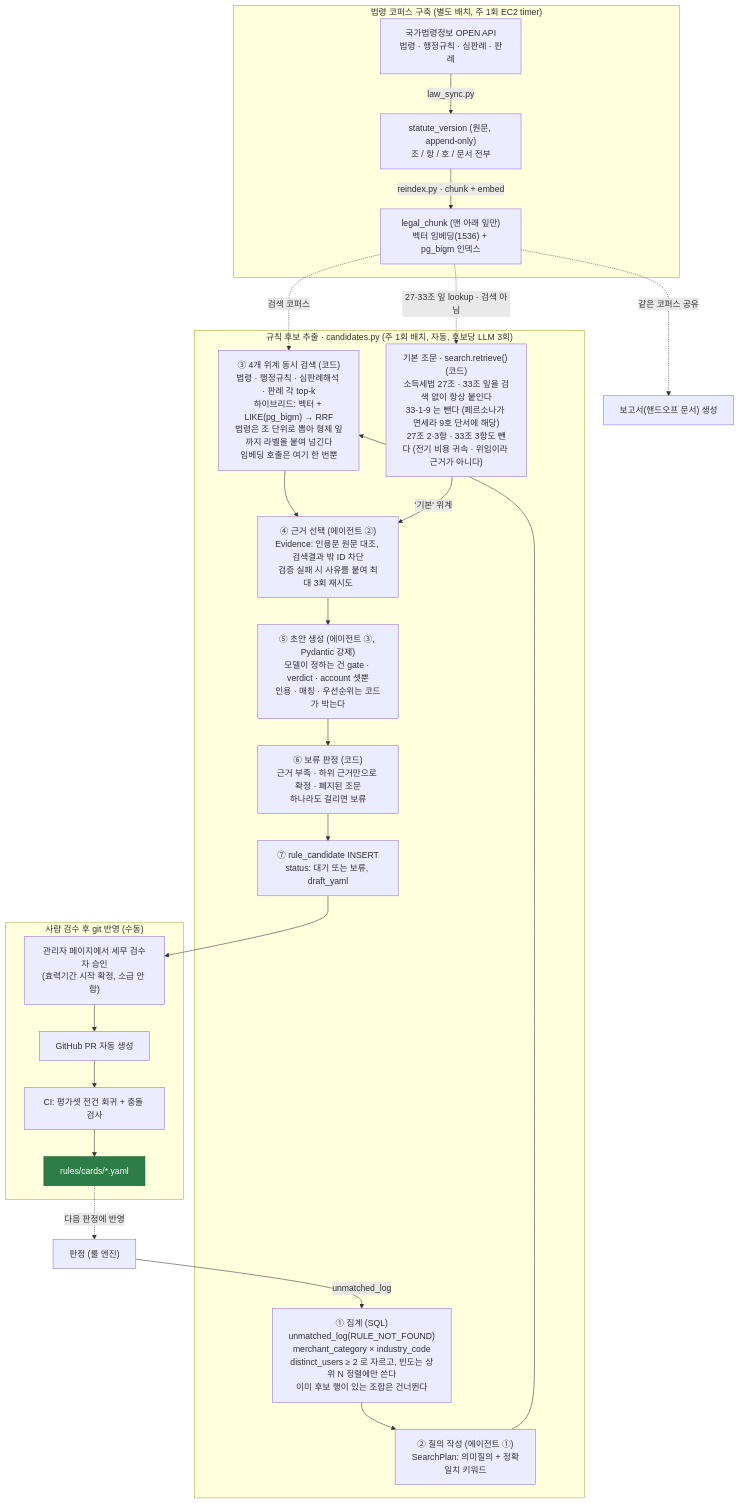
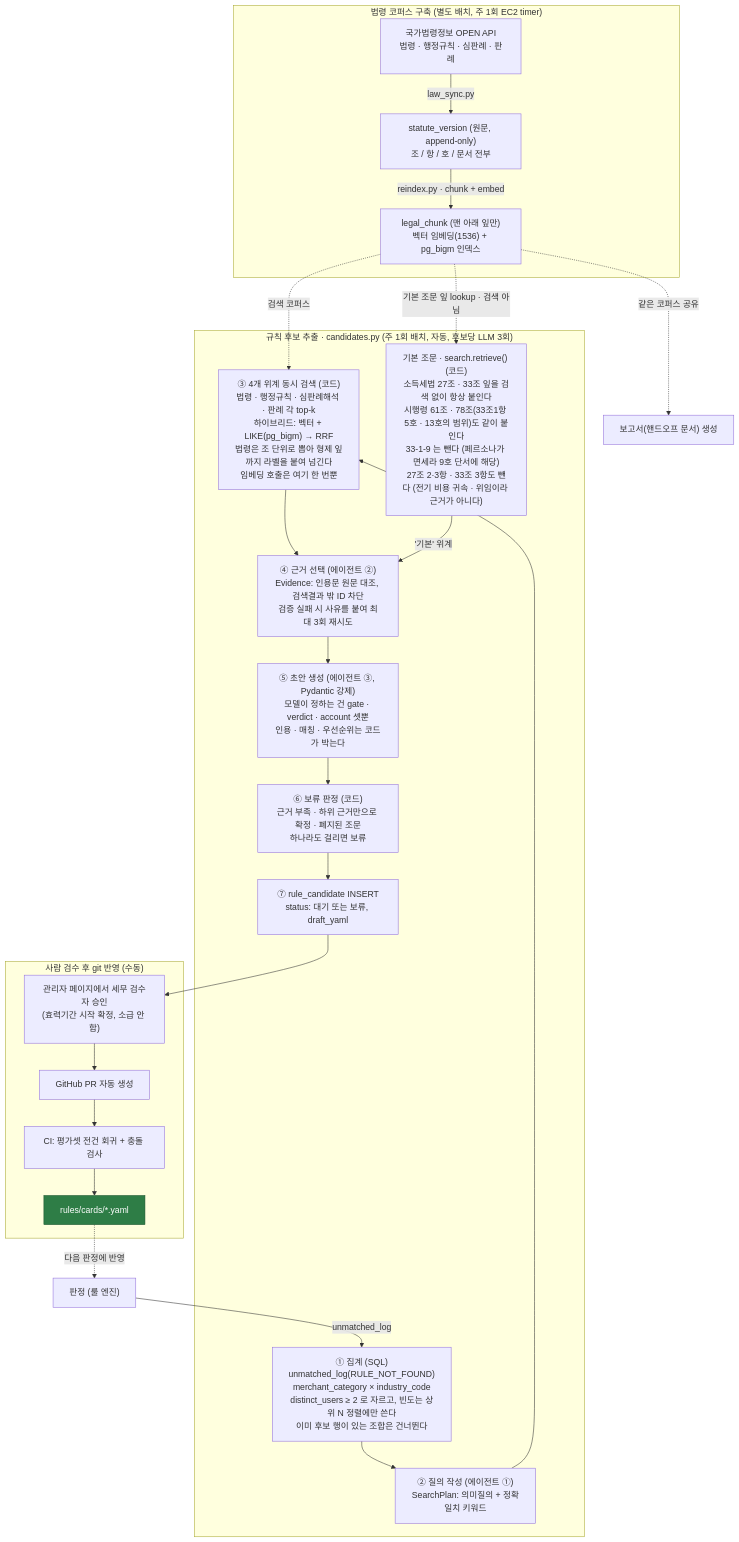
The third of 3 diagrams in docs/architecture.md (RainDrop3/ktc4-pusan-4), drawn with Mermaid before and after one commit. The commit also changed other lines of this file and 2 other files, not shown here.

Commit message:
docs: 33-1-5 선택 실험과 재기준 수치

````diff
--- a/docs/architecture.md
+++ b/docs/architecture.md
@@ -116,43 +116,43 @@
 ```mermaid
 flowchart TD
     subgraph CORPUS["법령 코퍼스 구축 (별도 배치, 주 1회 EC2 timer)"]
         LAW["국가법령정보 OPEN API<br/>법령 · 행정규칙 · 심판례 · 판례"]
         SV["statute_version (원문, append-only)<br/>조 / 항 / 호 / 문서 전부"]
         LC["legal_chunk (맨 아래 잎만)<br/>벡터 임베딩(1536) + pg_bigm 인덱스"]
         LAW -->|"law_sync.py"| SV -->|"reindex.py · chunk + embed"| LC
     end
 
     subgraph EXTRACT["규칙 후보 추출 · candidates.py (주 1회 배치, 자동, 후보당 LLM 3회)"]
         AGG["① 집계 (SQL)<br/>unmatched_log(RULE_NOT_FOUND)<br/>merchant_category × industry_code<br/>distinct_users ≥ 2 로 자르고, 빈도는 상위 N 정렬에만 쓴다<br/>이미 후보 행이 있는 조합은 건너뛴다"]
         PLAN["② 질의 작성 (에이전트 ①)<br/>SearchPlan: 의미질의 + 정확일치 키워드"]
         SEARCH["③ 4개 위계 동시 검색 (코드)<br/>법령 · 행정규칙 · 심판례해석 · 판례 각 top-k<br/>하이브리드: 벡터 + LIKE(pg_bigm) → RRF<br/>법령은 조 단위로 뽑아 형제 잎까지 라벨을 붙여 넘긴다<br/>임베딩 호출은 여기 한 번뿐"]
-        FRAME["기본 조문 · search.retrieve() (코드)<br/>소득세법 27조 · 33조 잎을 검색 없이 항상 붙인다<br/>33-1-9 는 뺀다 (페르소나가 면세라 9호 단서에 해당)<br/>27조 2·3항 · 33조 3항도 뺀다 (전기 비용 귀속 · 위임이라 근거가 아니다)"]
+        FRAME["기본 조문 · search.retrieve() (코드)<br/>소득세법 27조 · 33조 잎을 검색 없이 항상 붙인다<br/>시행령 61조 · 78조(33조1항 5호 · 13호의 범위)도 같이 붙인다<br/>33-1-9 는 뺀다 (페르소나가 면세라 9호 단서에 해당)<br/>27조 2·3항 · 33조 3항도 뺀다 (전기 비용 귀속 · 위임이라 근거가 아니다)"]
         PICK["④ 근거 선택 (에이전트 ②)<br/>Evidence: 인용문 원문 대조, 검색결과 밖 ID 차단<br/>검증 실패 시 사유를 붙여 최대 3회 재시도"]
         DRAFT["⑤ 초안 생성 (에이전트 ③, Pydantic 강제)<br/>모델이 정하는 건 gate · verdict · account 셋뿐<br/>인용 · 매칭 · 우선순위는 코드가 박는다"]
         HOLD["⑥ 보류 판정 (코드)<br/>근거 부족 · 하위 근거만으로 확정 · 폐지된 조문<br/>하나라도 걸리면 보류"]
         CAND["⑦ rule_candidate INSERT<br/>status: 대기 또는 보류, draft_yaml"]
         AGG --> PLAN --> SEARCH --> PICK --> DRAFT --> HOLD --> CAND
         FRAME -->|"'기본' 위계"| PICK
     end
 
     subgraph HUMAN["사람 검수 후 git 반영 (수동)"]
         ADMIN["관리자 페이지에서 세무 검수자 승인<br/>(효력기간 시작 확정, 소급 안 함)"]
         PR["GitHub PR 자동 생성"]
         CI["CI: 평가셋 전건 회귀 + 충돌 검사"]
         CARDS["rules/cards/*.yaml"]
         ADMIN --> PR --> CI --> CARDS
     end
 
     JUDGE["판정 (룰 엔진)"]
     REPORT["보고서(핸드오프 문서) 생성"]
 
     JUDGE -->|"unmatched_log"| AGG
     LC -.->|"검색 코퍼스"| SEARCH
-    LC -.->|"27·33조 잎 lookup · 검색 아님"| FRAME
+    LC -.->|"기본 조문 잎 lookup · 검색 아님"| FRAME
     LC -.->|"같은 코퍼스 공유"| REPORT
     CAND --> ADMIN
     CARDS -.->|"다음 판정에 반영"| JUDGE
 
     classDef done fill:#2e7d46,color:#ffffff,stroke:#1f5731;
     class CARDS done;
 ```
````
